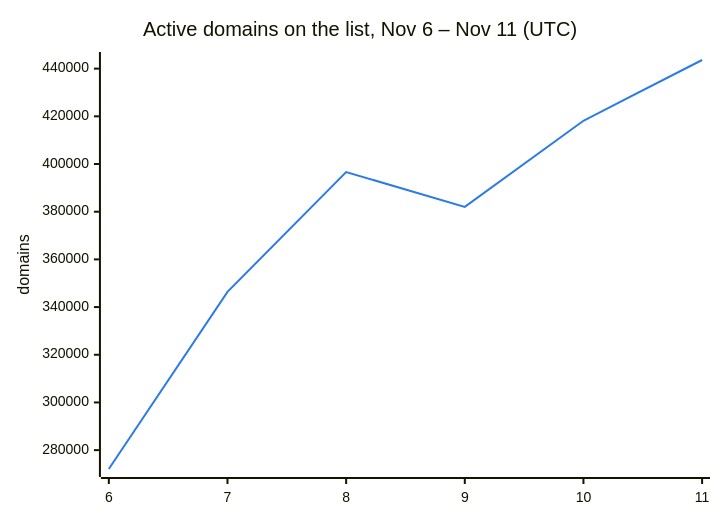
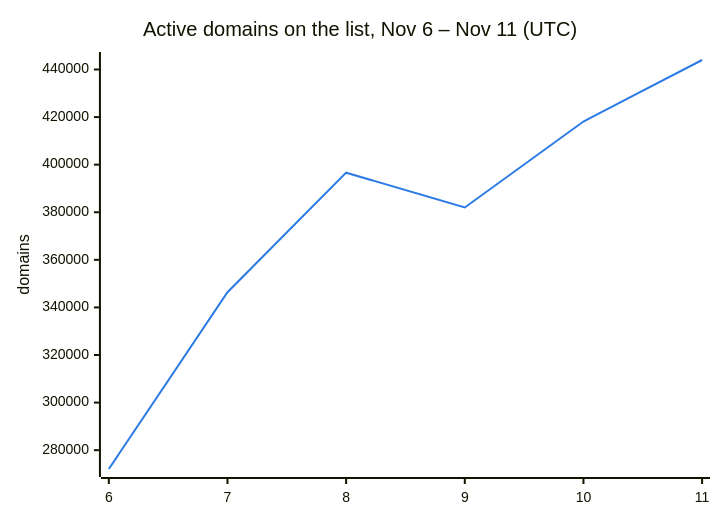
One commit to DNSBunker/CTI changed the second of 3 diagrams in README.md. Above: the diagram before and after it, drawn with Mermaid. The commit also changed other lines of this file and 3 other files, not shown here.

````diff
--- a/README.md
+++ b/README.md
@@ -38,8 +38,8 @@
 ```mermaid
 %%{init: {"themeVariables": {"xyChart": {"plotColorPalette": "#2c7be5"}}}}%%
 xychart-beta
     title "Active domains on the list, Nov 6 – Nov 11 (UTC)"
     x-axis ["6", "7", "8", "9", "10", "11"]
     y-axis "domains"
-    line [272088, 346388, 396638, 382009, 418143, 443624]
+    line [272088, 346388, 396638, 382009, 418143, 443992]
 ```
````
